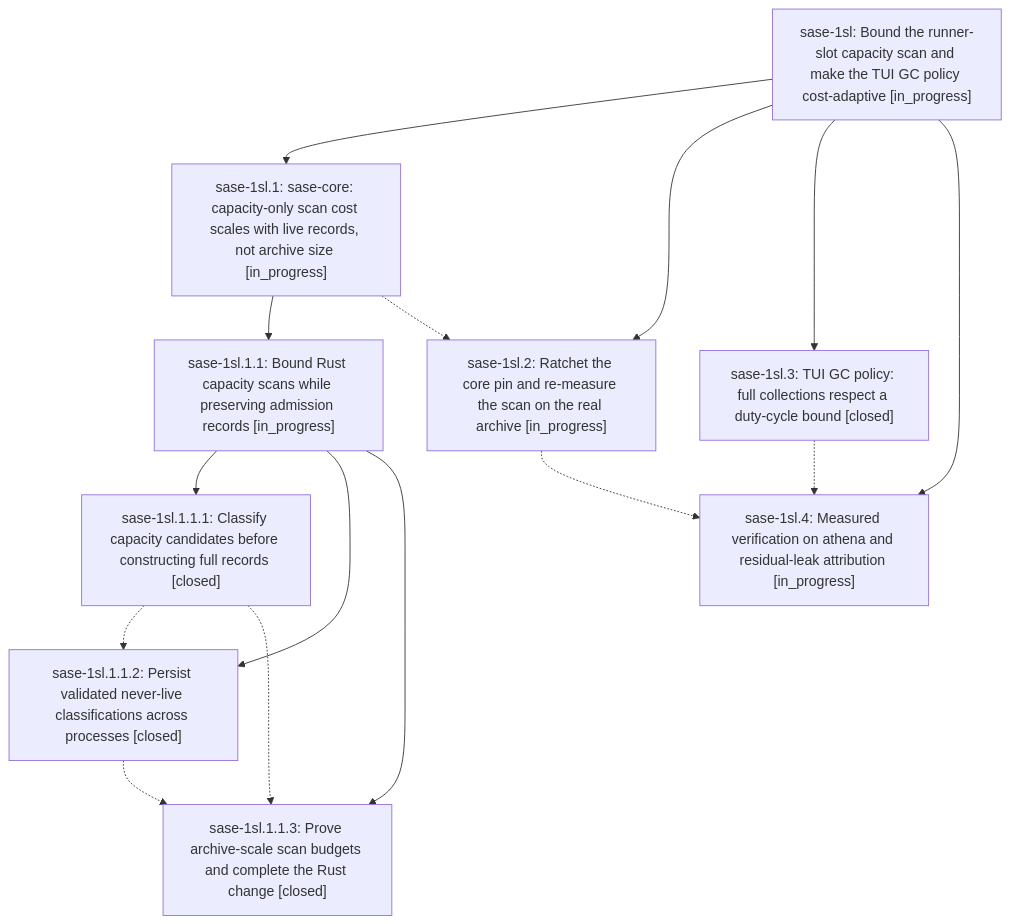
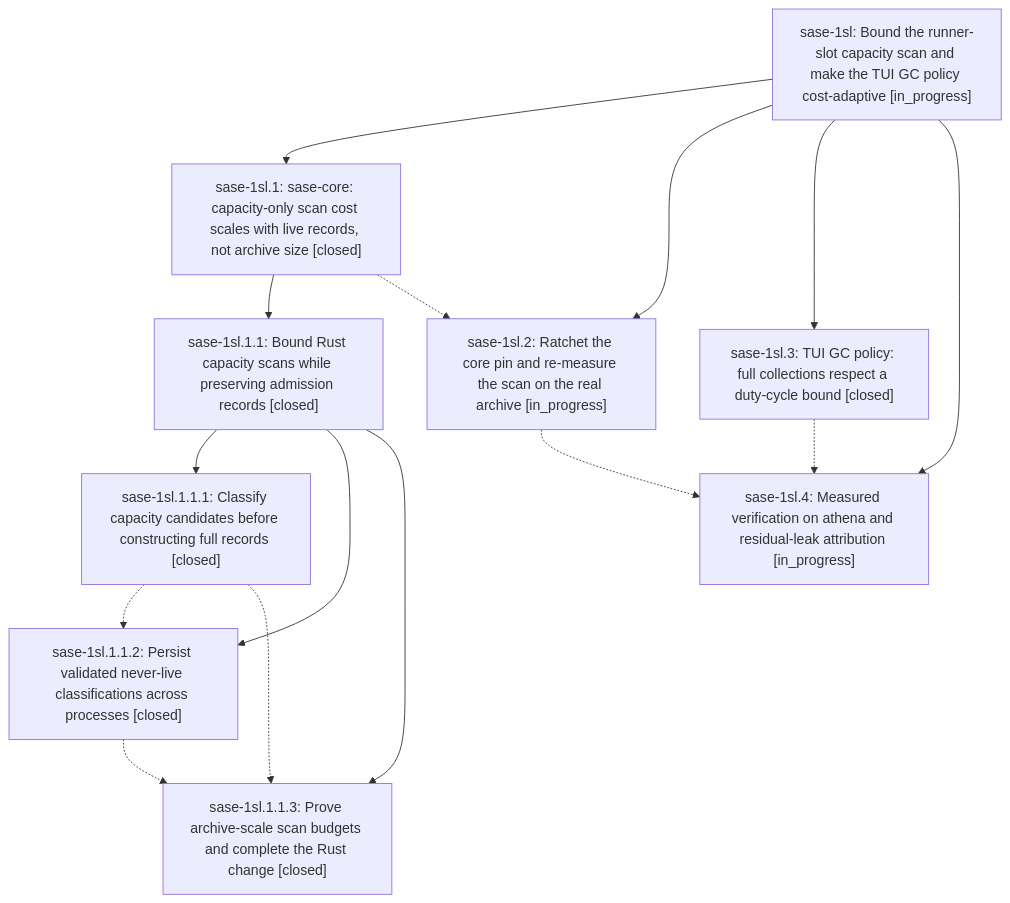
Before and after one commit to sase-org/sase--beads: the diagram in pages/sase-1sl/README.md, drawn with Mermaid. The commit also changed other lines of this file and 4 other files, not shown here.

````diff
--- a/pages/sase-1sl/README.md
+++ b/pages/sase-1sl/README.md
@@ -37,26 +37,26 @@
 ```mermaid
 flowchart TD
     n0["sase-1sl: Bound the runner-slot capacity scan and make the TUI GC policy cost-adaptive [in_progress]"]
-    n1["sase-1sl.1: sase-core: capacity-only scan cost scales with live records, not archive size [in_progress]"]
-    n2["sase-1sl.1.1: Bound Rust capacity scans while preserving admission records [in_progress]"]
+    n1["sase-1sl.1: sase-core: capacity-only scan cost scales with live records, not archive size [closed]"]
+    n2["sase-1sl.1.1: Bound Rust capacity scans while preserving admission records [closed]"]
     n3["sase-1sl.1.1.1: Classify capacity candidates before constructing full records [closed]"]
     n4["sase-1sl.1.1.2: Persist validated never-live classifications across processes [closed]"]
     n5["sase-1sl.1.1.3: Prove archive-scale scan budgets and complete the Rust change [closed]"]
     n6["sase-1sl.2: Ratchet the core pin and re-measure the scan on the real archive [in_progress]"]
     n7["sase-1sl.3: TUI GC policy: full collections respect a duty-cycle bound [closed]"]
     n8["sase-1sl.4: Measured verification on athena and residual-leak attribution [in_progress]"]
     n0 --> n1
     n1 --> n2
     n2 --> n3
     n2 --> n4
     n2 --> n5
     n0 --> n6
     n0 --> n7
     n0 --> n8
     n1 -.-> n6
     n3 -.-> n4
     n3 -.-> n5
     n4 -.-> n5
     n6 -.-> n8
     n7 -.-> n8
 ```
````
